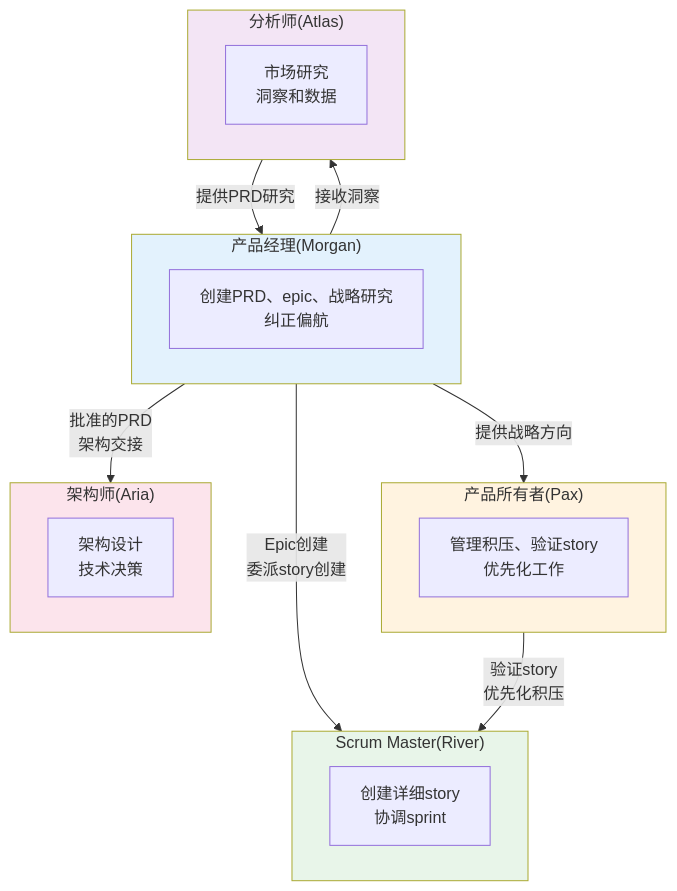
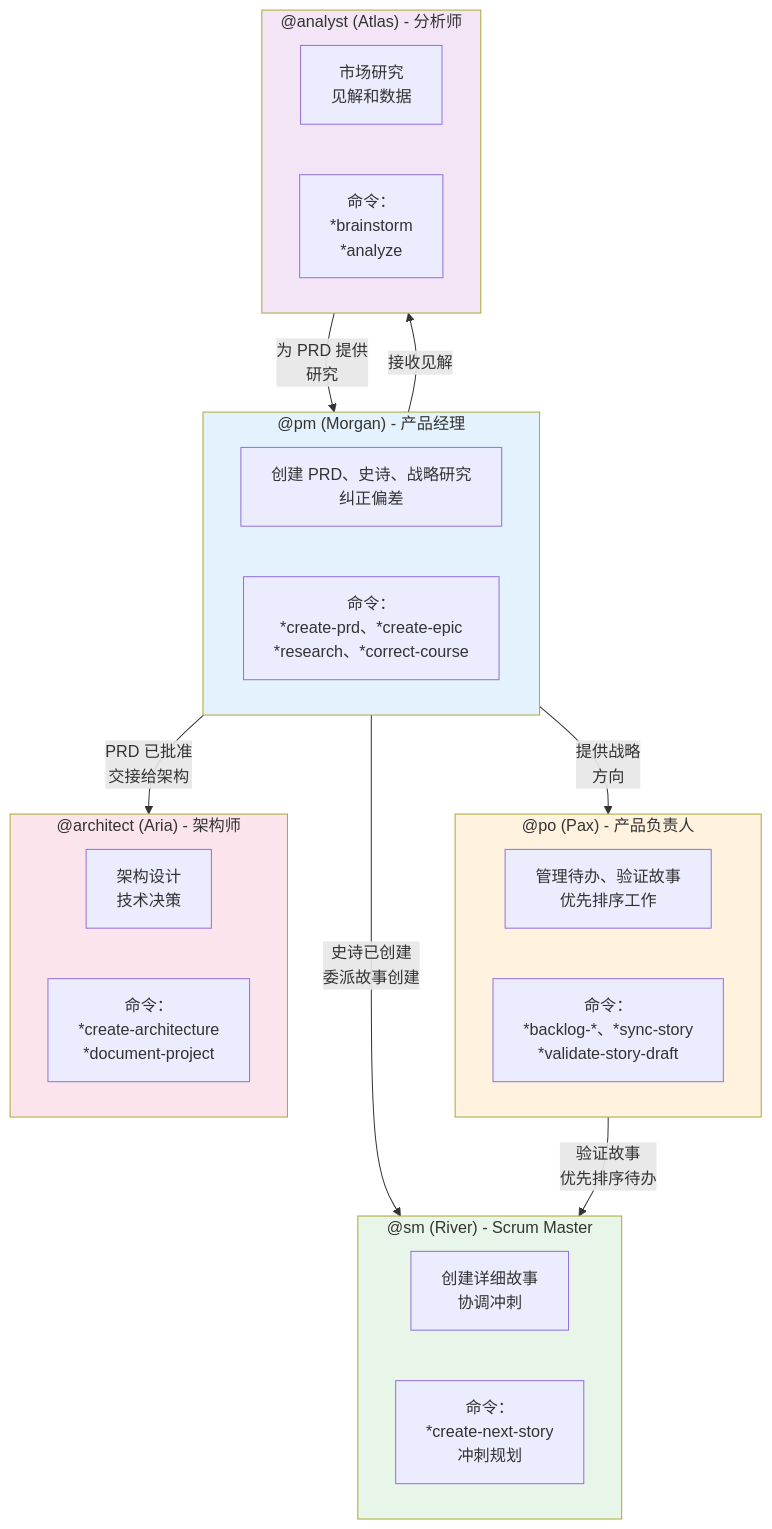
Before and after one commit to brunajunckes/aiox-core: the seventh of 8 diagrams in docs/zh/aios-agent-flows/pm-system.md, drawn with Mermaid. The commit also changed other lines of this file and 10 other files, not shown here.

````diff
--- a/docs/zh/aios-agent-flows/pm-system.md
+++ b/docs/zh/aios-agent-flows/pm-system.md
@@ -173,36 +465,41 @@
 ```mermaid
 flowchart TB
-    subgraph PM_BOX["产品经理(Morgan)"]
-        PM_DESC["创建PRD、epic、战略研究<br/>纠正偏航"]
+    subgraph PM_BOX["@pm (Morgan) - 产品经理"]
+        PM_DESC["创建 PRD、史诗、战略研究<br/>纠正偏差"]
+        PM_CMDS["命令：<br/>*create-prd、*create-epic<br/>*research、*correct-course"]
     end
 
-    subgraph PO_BOX["产品所有者(Pax)"]
-        PO_DESC["管理积压、验证story<br/>优先化工作"]
+    subgraph PO_BOX["@po (Pax) - 产品负责人"]
+        PO_DESC["管理待办、验证故事<br/>优先排序工作"]
+        PO_CMDS["命令：<br/>*backlog-*、*sync-story<br/>*validate-story-draft"]
     end
 
-    subgraph SM_BOX["Scrum Master(River)"]
-        SM_DESC["创建详细story<br/>协调sprint"]
+    subgraph SM_BOX["@sm (River) - Scrum Master"]
+        SM_DESC["创建详细故事<br/>协调冲刺"]
+        SM_CMDS["命令：<br/>*create-next-story<br/>冲刺规划"]
     end
 
-    subgraph ARCHITECT_BOX["架构师(Aria)"]
+    subgraph ARCHITECT_BOX["@architect (Aria) - 架构师"]
         ARCH_DESC["架构设计<br/>技术决策"]
+        ARCH_CMDS["命令：<br/>*create-architecture<br/>*document-project"]
     end
 
-    subgraph ANALYST_BOX["分析师(Atlas)"]
-        ANALYST_DESC["市场研究<br/>洞察和数据"]
+    subgraph ANALYST_BOX["@analyst (Atlas) - 分析师"]
+        ANALYST_DESC["市场研究<br/>见解和数据"]
+        ANALYST_CMDS["命令：<br/>*brainstorm<br/>*analyze"]
     end
 
-    PM_BOX -->|"批准的PRD<br/>架构交接"| ARCHITECT_BOX
-    PM_BOX -->|"Epic创建<br/>委派story创建"| SM_BOX
-    PM_BOX -->|"接收洞察"| ANALYST_BOX
-    PM_BOX -->|"提供战略方向"| PO_BOX
+    PM_BOX -->|"PRD 已批准<br/>交接给架构"| ARCHITECT_BOX
+    PM_BOX -->|"史诗已创建<br/>委派故事创建"| SM_BOX
+    PM_BOX -->|"接收见解"| ANALYST_BOX
+    PM_BOX -->|"提供战略<br/>方向"| PO_BOX
 
-    PO_BOX -->|"验证story<br/>优先化积压"| SM_BOX
-    ANALYST_BOX -->|"提供PRD研究"| PM_BOX
+    PO_BOX -->|"验证故事<br/>优先排序待办"| SM_BOX
+    ANALYST_BOX -->|"为 PRD 提供<br/>研究"| PM_BOX
 
     style PM_BOX fill:#e3f2fd
     style PO_BOX fill:#fff3e0
     style SM_BOX fill:#e8f5e9
     style ARCHITECT_BOX fill:#fce4ec
     style ANALYST_BOX fill:#f3e5f5
 ```
````
